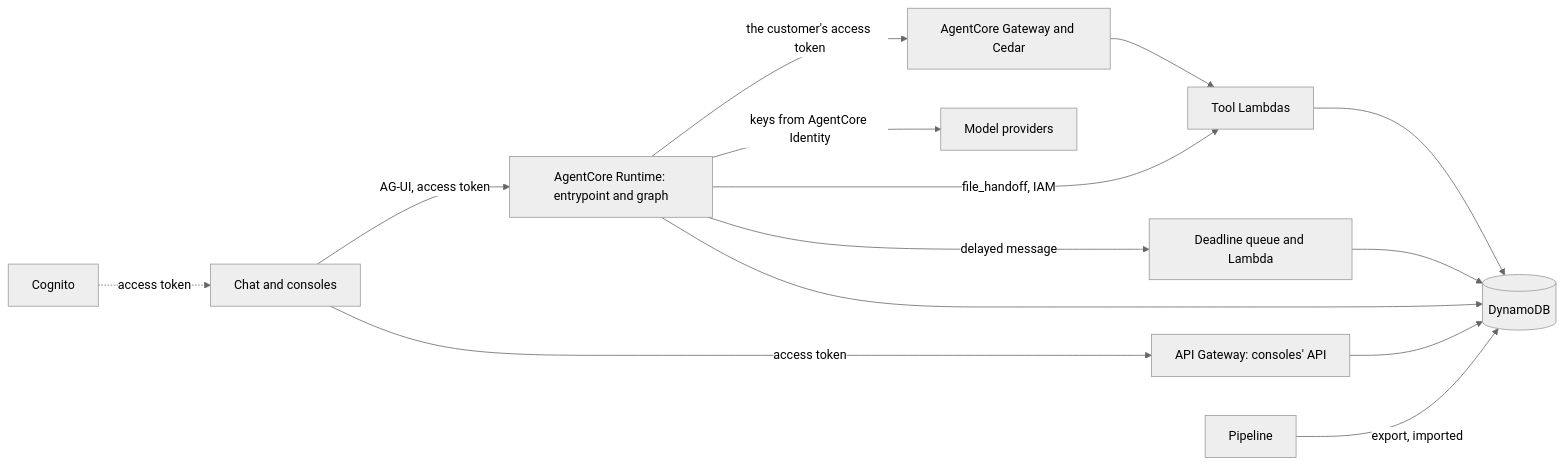
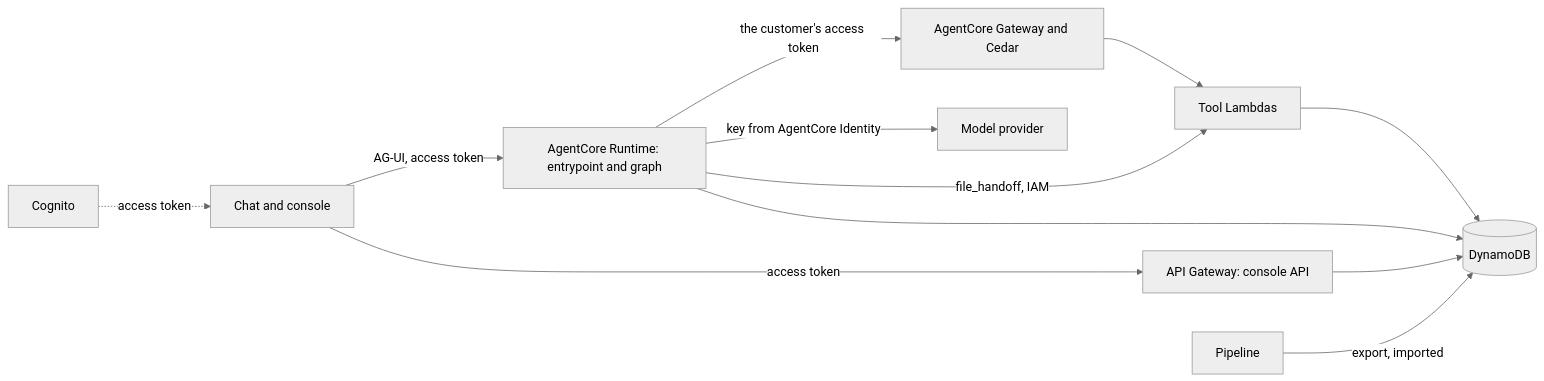
One commit to gafnts/factored-hackathon-2026-gafnts changed the first of 2 diagrams in docs/adr/0004-agent-architecture-on-agentcore.md. Above: the diagram before and after it, drawn with Mermaid (neutral theme). The commit also changed other lines of this file and 5 other files, not shown here.

````diff
--- a/docs/adr/0004-agent-architecture-on-agentcore.md
+++ b/docs/adr/0004-agent-architecture-on-agentcore.md
@@ -122,26 +47,23 @@
 ```mermaid
 flowchart LR
   COG["Cognito"]
-  WEB["Chat and consoles"]
+  WEB["Chat and console"]
   RT["AgentCore Runtime: entrypoint and graph"]
-  API["API Gateway: consoles' API"]
+  API["API Gateway: console API"]
   GW["AgentCore Gateway and Cedar"]
   FN["Tool Lambdas"]
-  DL["Deadline queue and Lambda"]
   DB[("DynamoDB")]
-  LLM["Model providers"]
+  LLM["Model provider"]
   PIPE["Pipeline"]
   COG -.->|"access token"| WEB
   WEB -->|"AG-UI, access token"| RT
   WEB -->|"access token"| API
   RT -->|"the customer's access token"| GW
   GW --> FN
   RT -->|"file_handoff, IAM"| FN
   FN --> DB
-  RT -->|"delayed message"| DL
-  DL --> DB
   RT --> DB
   API --> DB
   PIPE -->|"export, imported"| DB
-  RT -->|"keys from AgentCore Identity"| LLM
+  RT -->|"key from AgentCore Identity"| LLM
 ```
````
